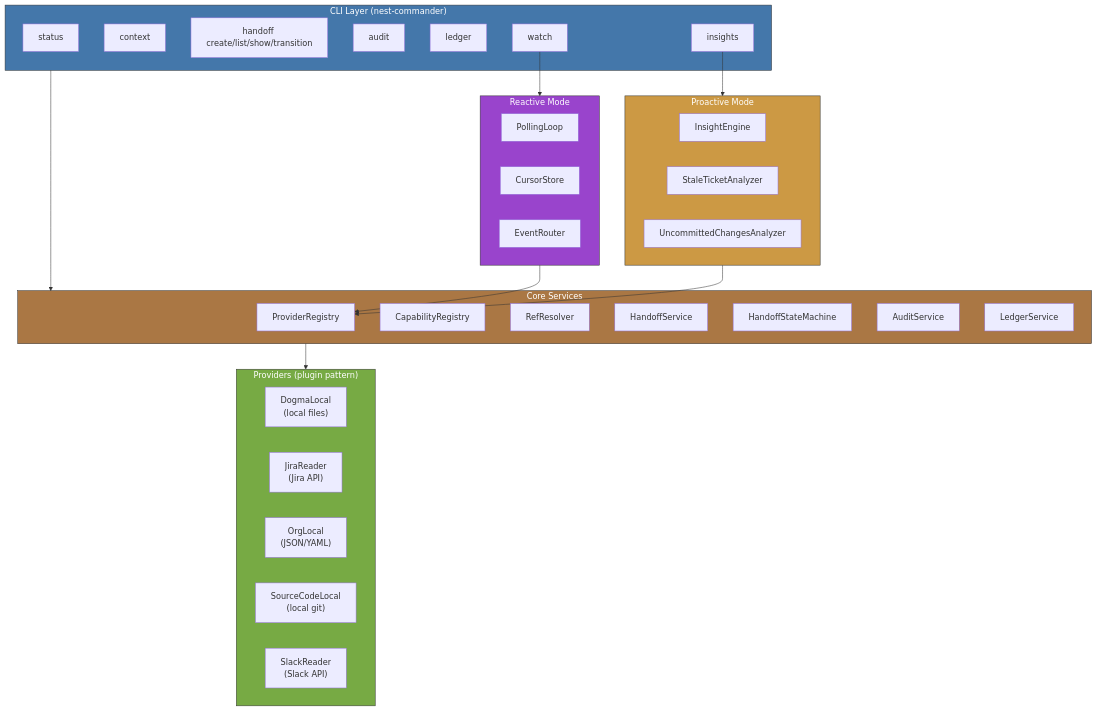
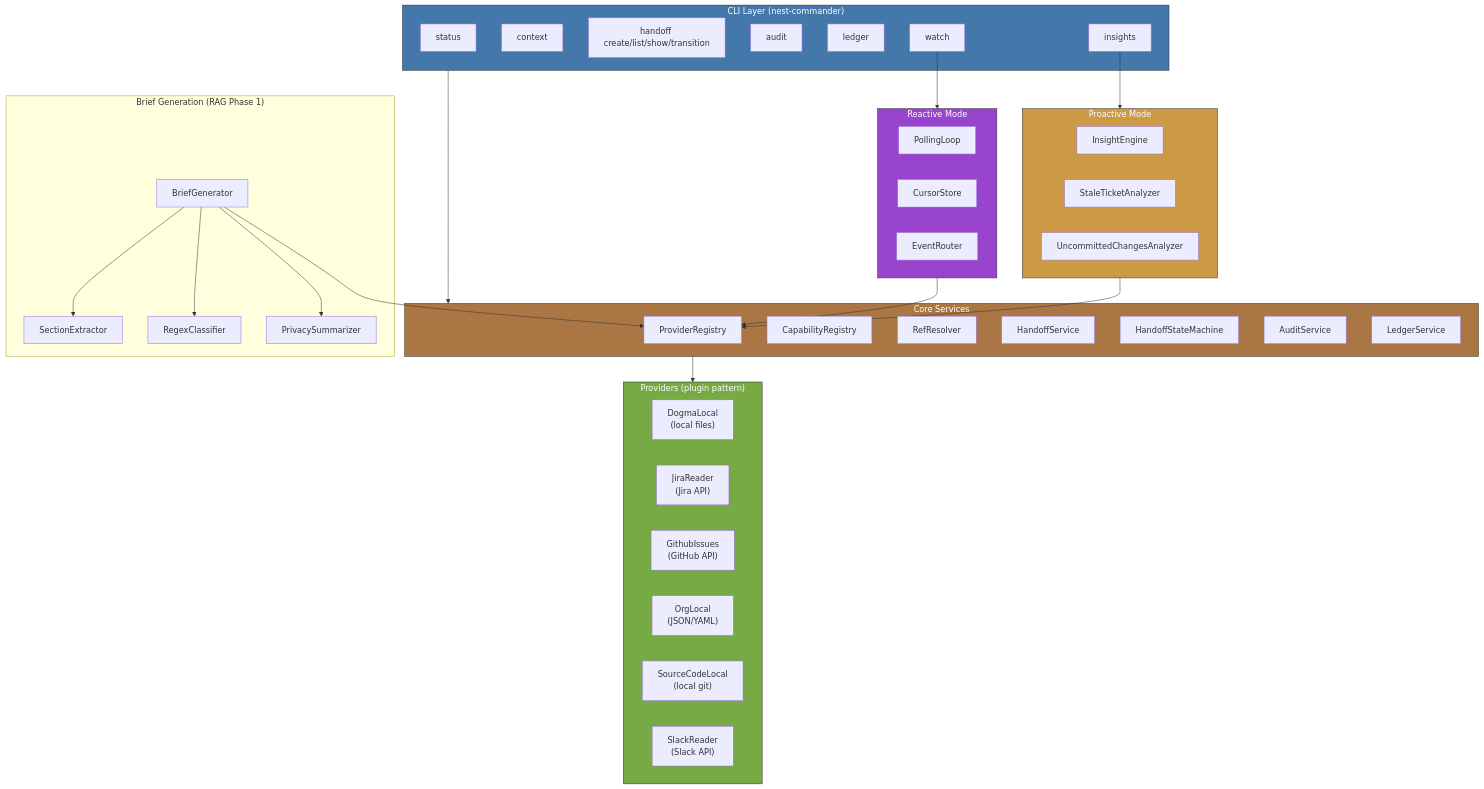
One commit to virgenherrera/virgil changed the first of 5 diagrams in docs/architecture.md. Above: the diagram before and after it, drawn with Mermaid. The commit also changed other lines of this file and 1 other file, not shown here.

First line of the commit message:
docs: update architecture and roadmap for new providers

````diff
--- a/docs/architecture.md
+++ b/docs/architecture.md
@@ -10,55 +10,68 @@
 ```mermaid
 flowchart TD
     subgraph CLI["CLI Layer (nest-commander)"]
         STATUS["status"]
         CONTEXT["context"]
         HANDOFF["handoff create/list/show/transition"]
         AUDIT["audit"]
         LEDGER["ledger"]
         WATCH["watch"]
         INSIGHTS["insights"]
     end
 
     subgraph CORE["Core Services"]
         PR["ProviderRegistry"]
         CR["CapabilityRegistry"]
         RR["RefResolver"]
         HS["HandoffService"]
         HSM["HandoffStateMachine"]
         AS["AuditService"]
         LS["LedgerService"]
     end
 
     subgraph REACTIVE["Reactive Mode"]
         PL["PollingLoop"]
         CS["CursorStore"]
         ER["EventRouter"]
     end
 
     subgraph PROACTIVE["Proactive Mode"]
         IE["InsightEngine"]
         ST["StaleTicketAnalyzer"]
         UC["UncommittedChangesAnalyzer"]
     end
 
     subgraph PROVIDERS["Providers (plugin pattern)"]
         DL["DogmaLocal\n(local files)"]
         JR["JiraReader\n(Jira API)"]
+        GH["GithubIssues\n(GitHub API)"]
         OL["OrgLocal\n(JSON/YAML)"]
         SC["SourceCodeLocal\n(local git)"]
         SL["SlackReader\n(Slack API)"]
     end
+
+    subgraph RAG["Brief Generation (RAG Phase 1)"]
+        BG["BriefGenerator"]
+        SE["SectionExtractor"]
+        RC["RegexClassifier"]
+        PS["PrivacySummarizer"]
+    end
+
+    BG --> SE
+    BG --> RC
+    BG --> PS
+    BG --> PR
 
     CLI --> CORE
     CORE --> PROVIDERS
     WATCH --> REACTIVE
     INSIGHTS --> PROACTIVE
     REACTIVE --> PR
     PROACTIVE --> PR
 
     style CLI fill:#47a,stroke:#333,color:#fff
     style CORE fill:#a74,stroke:#333,color:#fff
     style PROVIDERS fill:#7a4,stroke:#333,color:#fff
     style REACTIVE fill:#94c,stroke:#333,color:#fff
     style PROACTIVE fill:#c94,stroke:#333,color:#fff
 ```
````
